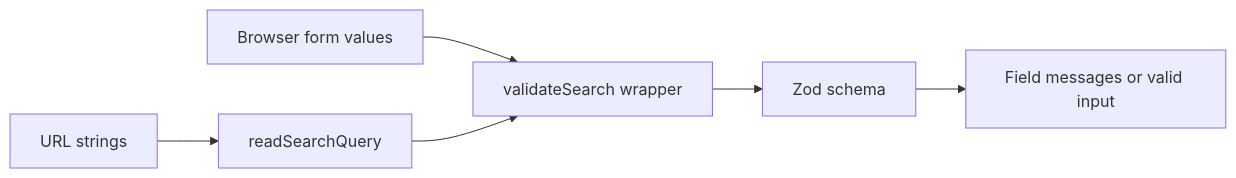
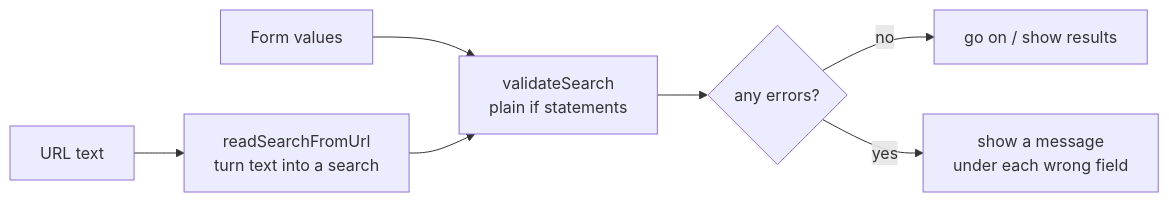
Before and after one commit to pratulsharma/intercitytaxicab: the diagram in day-11.md, drawn with Mermaid. The commit also changed other lines of this file and 14 other files, not shown here.

````diff
--- a/day-11.md
+++ b/day-11.md
@@ -24,8 +27,8 @@
 ```mermaid
 flowchart LR
-  F[Browser form values] --> V[validateSearch wrapper]
-  U[URL strings] --> P[readSearchQuery]
-  P --> V
-  V --> Z[Zod schema]
-  Z --> E[Field messages or valid input]
+  F[Form values] --> V[validateSearch<br/>plain if statements]
+  U[URL text] --> R[readSearchFromUrl<br/>turn text into a search] --> V
+  V --> Q{any errors?}
+  Q -->|no| OK[go on / show results]
+  Q -->|yes| M[show a message<br/>under each wrong field]
 ```
````
